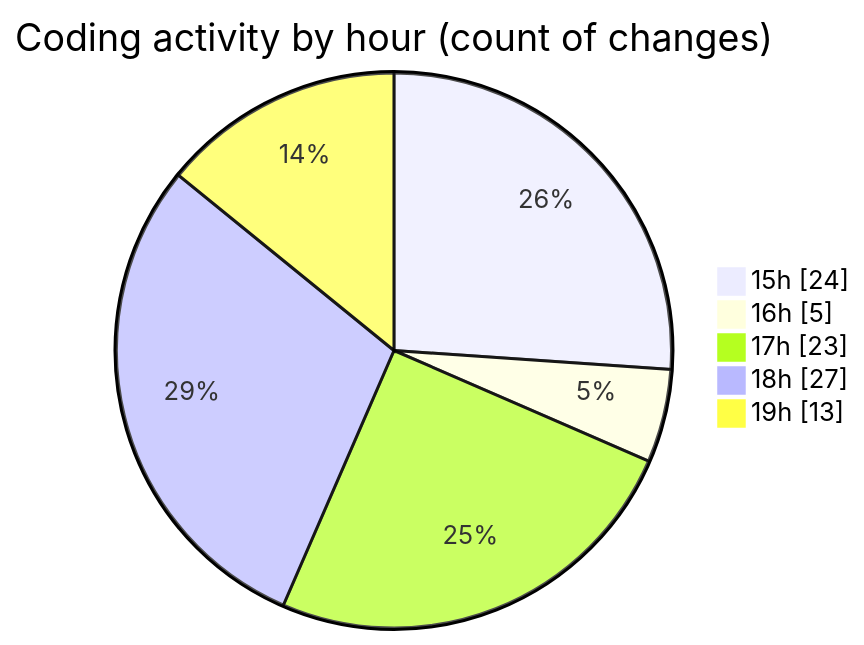
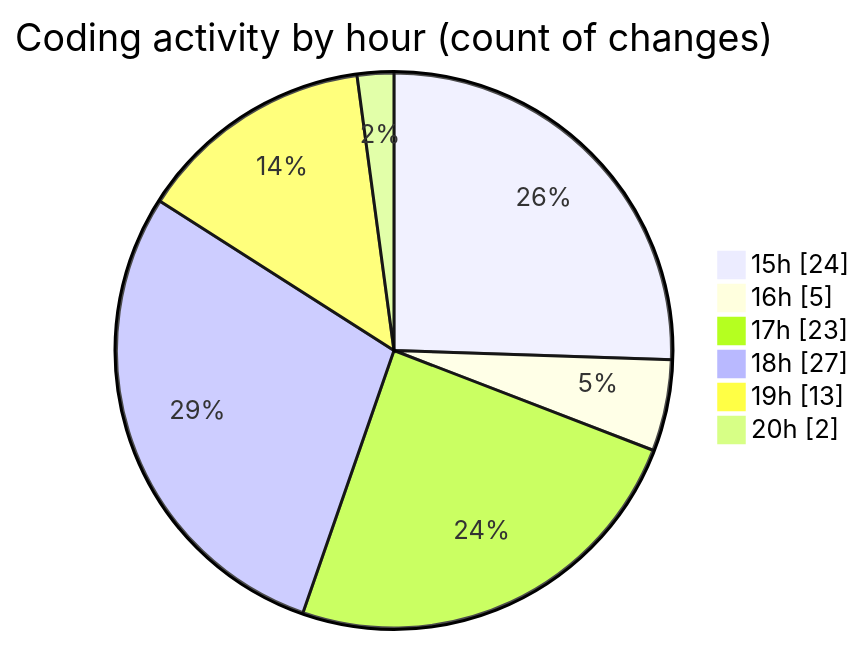
The second of 2 diagrams in 2025-08-02/tw-server/README.md (EIIisD/code-tracking), drawn with Mermaid before and after one commit. The commit also changed other lines of this file and 1 other file, not shown here.

````diff
--- a/2025-08-02/tw-server/README.md
+++ b/2025-08-02/tw-server/README.md
@@ -36,9 +36,10 @@
 ```mermaid
 pie showData
 title Coding activity by hour (count of changes)
 "15h" : 24
 "16h" : 5
 "17h" : 23
 "18h" : 27
 "19h" : 13
+"20h" : 2
 ```
````
